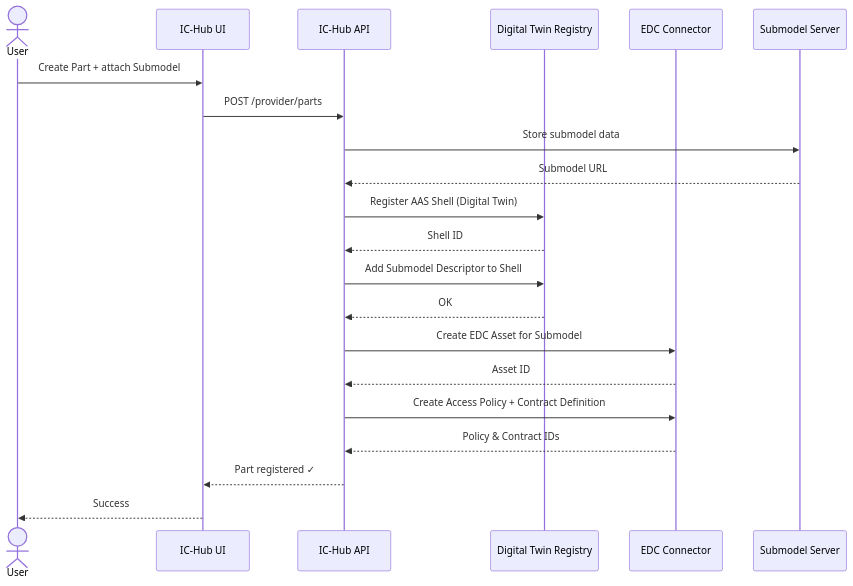
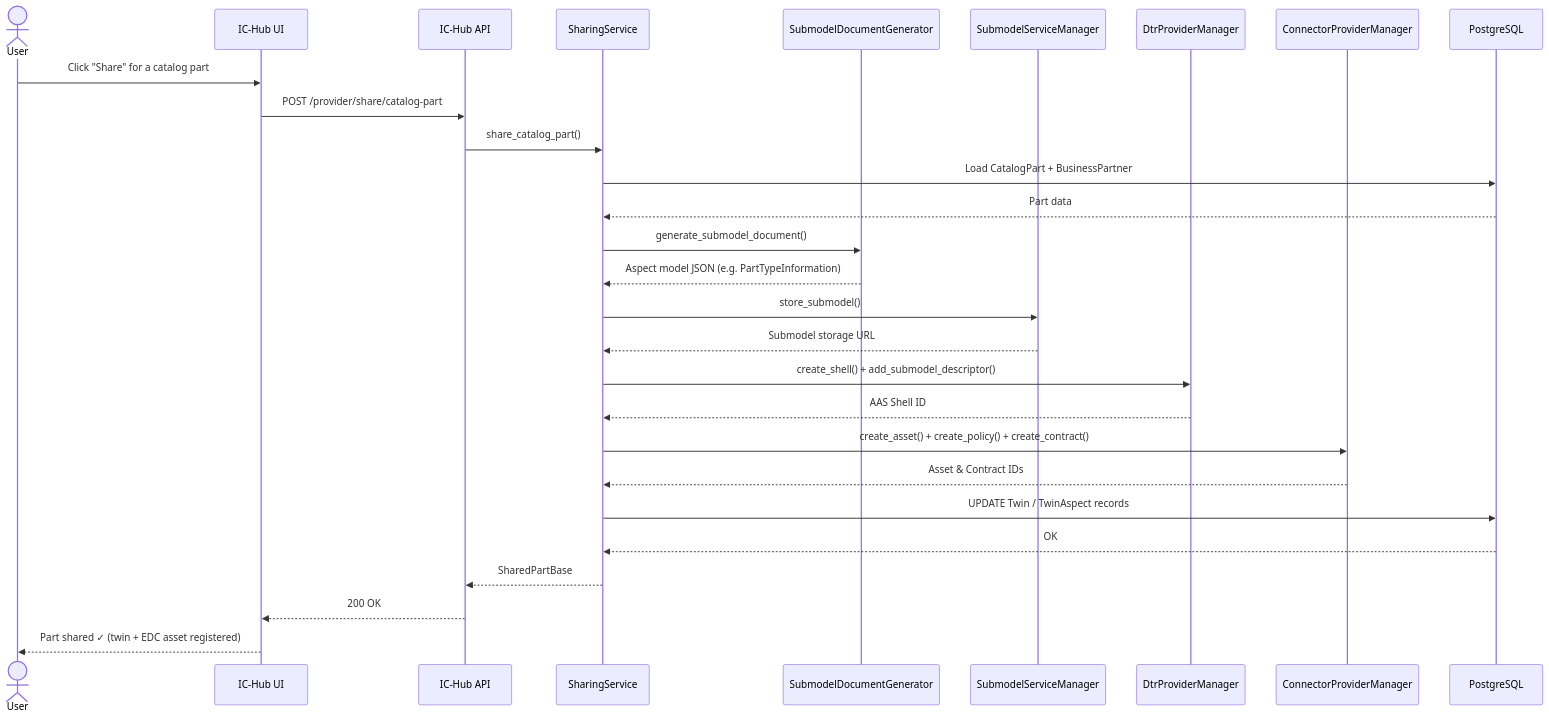
The sixth of 7 diagrams in README.md (jalvaro-lks/industry-core-hub), drawn with Mermaid before and after one commit. The commit also changed other lines of this file, not shown here.

Commit message:
docs: refine backend architecture diagrams to match actual code structure

````diff
--- a/README.md
+++ b/README.md
@@ -295,24 +359,31 @@
 ```mermaid
 sequenceDiagram
     actor User
     participant UI as IC-Hub UI
     participant API as IC-Hub API
-    participant DTR as Digital Twin Registry
-    participant EDC as EDC Connector
-    participant SS as Submodel Server
+    participant SHS as SharingService
+    participant SDG as SubmodelDocumentGenerator
+    participant SVM as SubmodelServiceManager
+    participant DTR as DtrProviderManager
+    participant EDC as ConnectorProviderManager
+    participant DB as PostgreSQL
 
-    User->>UI: Create Part + attach Submodel
-    UI->>API: POST /provider/parts
-    API->>SS: Store submodel data
-    SS-->>API: Submodel URL
-    API->>DTR: Register AAS Shell (Digital Twin)
-    DTR-->>API: Shell ID
-    API->>DTR: Add Submodel Descriptor to Shell
-    DTR-->>API: OK
-    API->>EDC: Create EDC Asset for Submodel
-    EDC-->>API: Asset ID
-    API->>EDC: Create Access Policy + Contract Definition
-    EDC-->>API: Policy & Contract IDs
-    API-->>UI: Part registered ✓
-    UI-->>User: Success
+    User->>UI: Click "Share" for a catalog part
+    UI->>API: POST /provider/share/catalog-part
+    API->>SHS: share_catalog_part()
+    SHS->>DB: Load CatalogPart + BusinessPartner
+    DB-->>SHS: Part data
+    SHS->>SDG: generate_submodel_document()
+    SDG-->>SHS: Aspect model JSON (e.g. PartTypeInformation)
+    SHS->>SVM: store_submodel()
+    SVM-->>SHS: Submodel storage URL
+    SHS->>DTR: create_shell() + add_submodel_descriptor()
+    DTR-->>SHS: AAS Shell ID
+    SHS->>EDC: create_asset() + create_policy() + create_contract()
+    EDC-->>SHS: Asset & Contract IDs
+    SHS->>DB: UPDATE Twin / TwinAspect records
+    DB-->>SHS: OK
+    SHS-->>API: SharedPartBase
+    API-->>UI: 200 OK
+    UI-->>User: Part shared ✓ (twin + EDC asset registered)
 ```
````
